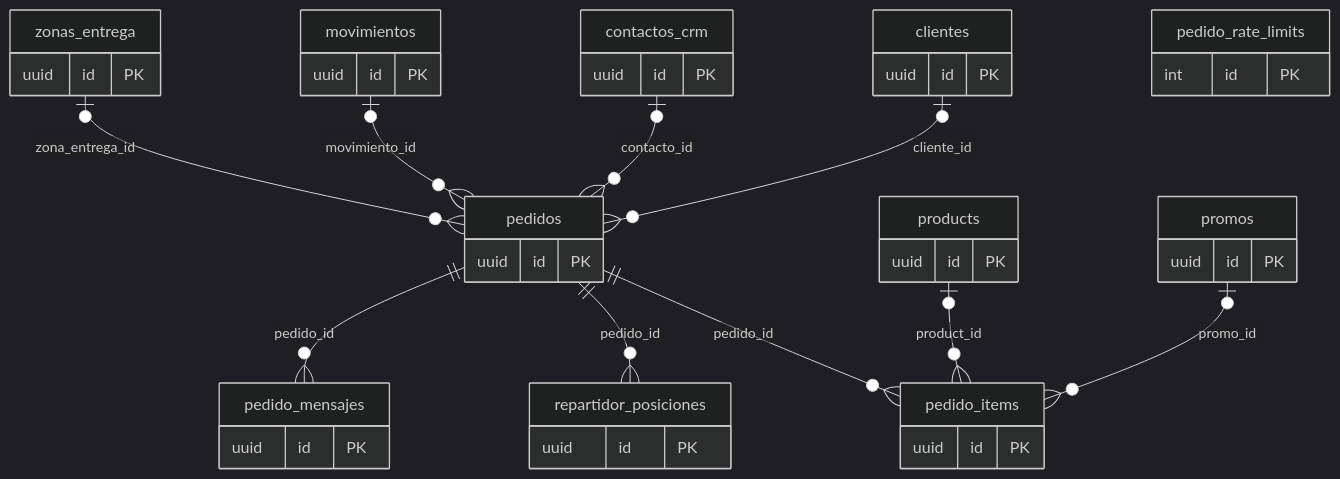
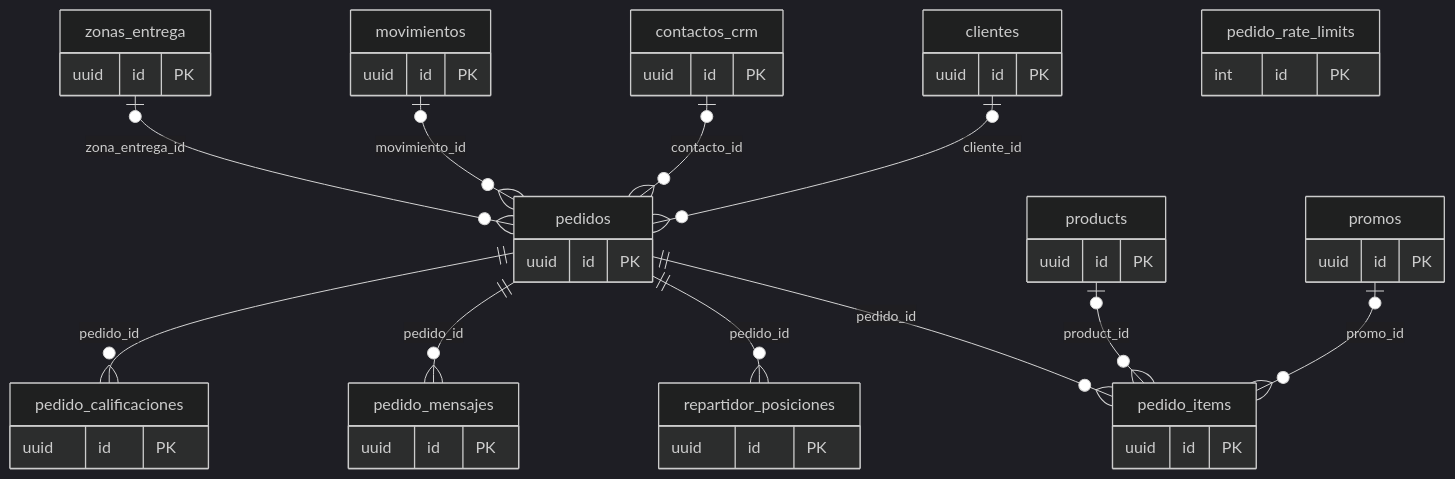
The seventh of 8 diagrams in docs/base-de-datos.md (gabriel-300/kioscos-ideia), drawn with Mermaid (dark theme) before and after one commit. The commit also changed other lines of this file and 11 other files, not shown here.

````diff
--- a/docs/base-de-datos.md
+++ b/docs/base-de-datos.md
@@ -1318,45 +1318,49 @@
 ```mermaid
 erDiagram
   pedidos ||--o{ pedido_items : "pedido_id"
   pedidos ||--o{ repartidor_posiciones : "pedido_id"
   products |o--o{ pedido_items : "product_id"
   promos |o--o{ pedido_items : "promo_id"
   pedidos ||--o{ pedido_mensajes : "pedido_id"
   clientes |o--o{ pedidos : "cliente_id"
   contactos_crm |o--o{ pedidos : "contacto_id"
   movimientos |o--o{ pedidos : "movimiento_id"
   zonas_entrega |o--o{ pedidos : "zona_entrega_id"
+  pedidos ||--o{ pedido_calificaciones : "pedido_id"
   pedidos {
     uuid id PK
   }
   clientes {
     uuid id PK
   }
   pedido_items {
     uuid id PK
   }
   zonas_entrega {
+    uuid id PK
+  }
+  pedido_calificaciones {
     uuid id PK
   }
   pedido_mensajes {
     uuid id PK
   }
   repartidor_posiciones {
     uuid id PK
   }
   pedido_rate_limits {
     int id PK
   }
   products {
     uuid id PK
   }
   promos {
     uuid id PK
   }
   contactos_crm {
     uuid id PK
   }
   movimientos {
     uuid id PK
   }
 ```
````
